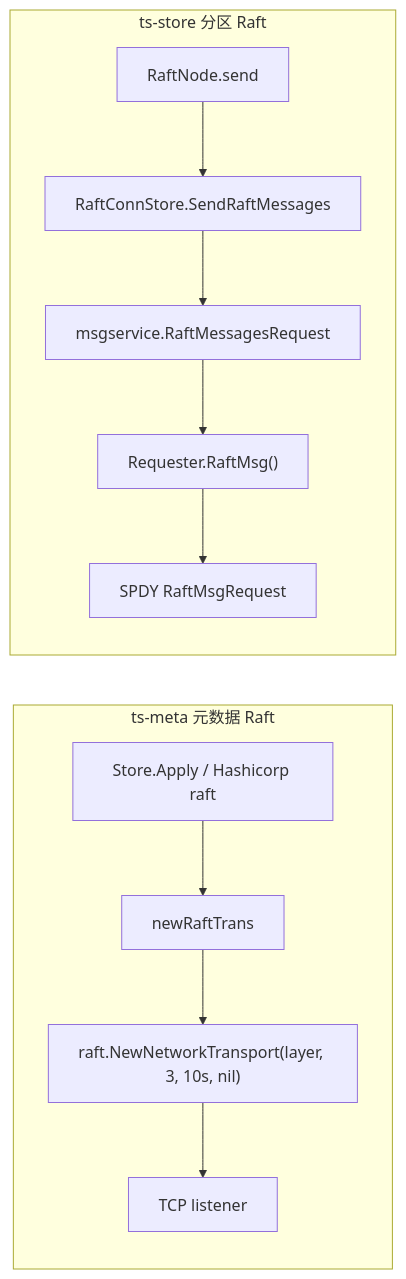
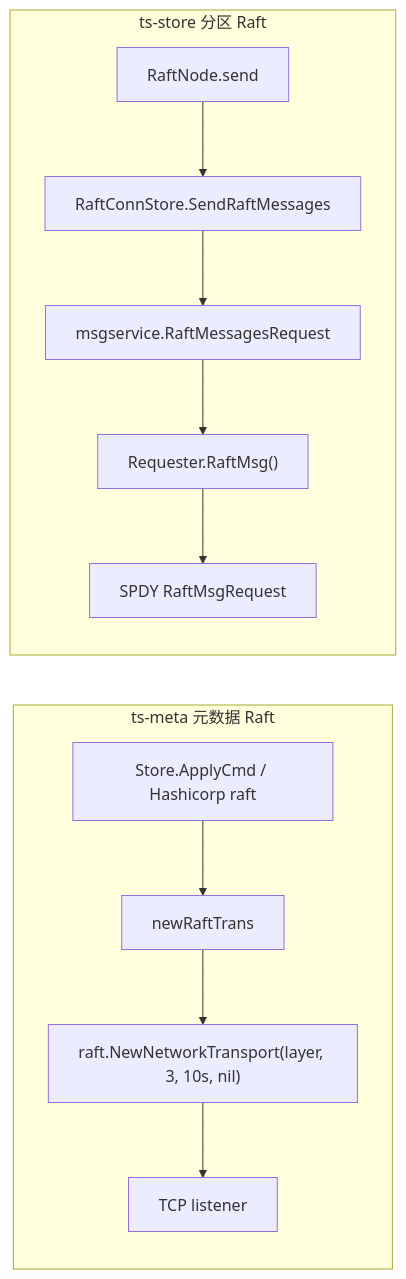
Before and after one commit to stefanv5/openGemini: diagram 21 of 24 in docs/specs/28_spdy_transport_spec.md, drawn with Mermaid. The commit also changed other lines of this file and 37 other files, not shown here.

````diff
--- a/docs/specs/28_spdy_transport_spec.md
+++ b/docs/specs/28_spdy_transport_spec.md
@@ -2206,15 +2284,15 @@
 ```mermaid
 flowchart LR
     subgraph Meta["ts-meta 元数据 Raft"]
-        M1[Store.Apply / Hashicorp raft] --> M2[newRaftTrans]
+        M1["Store.ApplyCmd / Hashicorp raft"] --> M2[newRaftTrans]
         M2 --> M3["raft.NewNetworkTransport(layer, 3, 10s, nil)"]
         M3 --> M4[TCP listener]
     end
 
     subgraph Store["ts-store 分区 Raft"]
         S1[RaftNode.send] --> S2[RaftConnStore.SendRaftMessages]
         S2 --> S3[msgservice.RaftMessagesRequest]
         S3 --> S4["Requester.RaftMsg()"]
         S4 --> S5["SPDY RaftMsgRequest"]
     end
 ```
````
